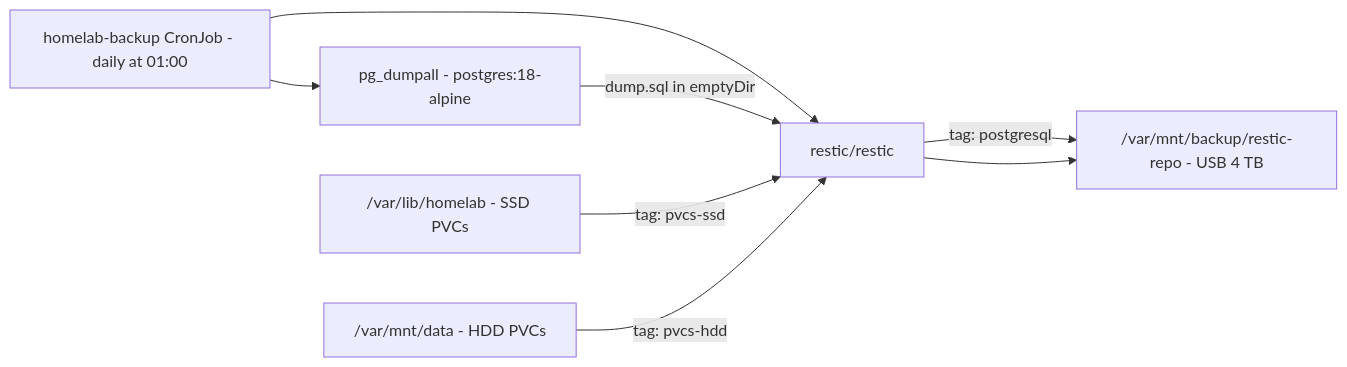
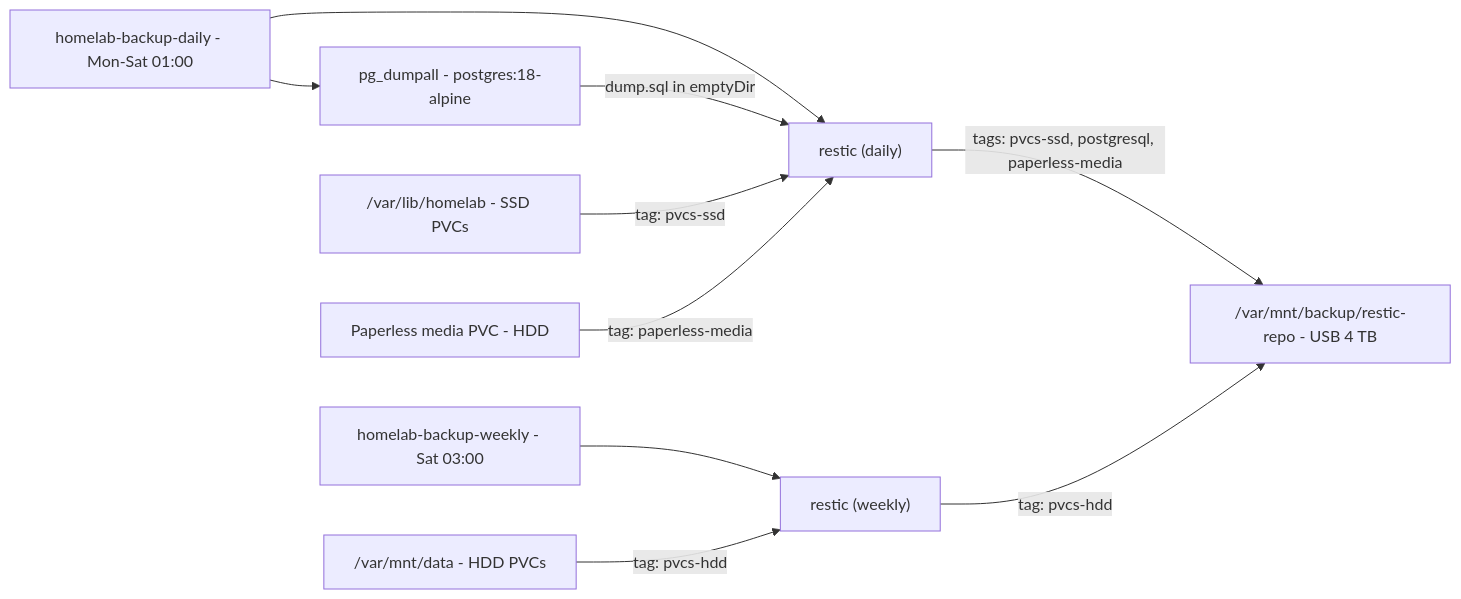
Before and after one commit to Mahagon/homelab: the diagram in docs/diagrams/backup.mmd, drawn with Mermaid. The commit also changed 14 other files, not shown here.

First line of the commit message:
fix(backup): guard against an unmounted backup drive and back up Paperless media daily

```diff
--- a/docs/diagrams/backup.mmd
+++ b/docs/diagrams/backup.mmd
@@ -1,11 +1,13 @@
 flowchart LR
-    Cron["homelab-backup CronJob - daily at 01:00"] --> PG["pg_dumpall - postgres:18-alpine"]
-    Cron --> R["restic/restic"]
-    PG -->|dump.sql in emptyDir| R
+    Daily["homelab-backup-daily - Mon-Sat 01:00"] --> PG["pg_dumpall - postgres:18-alpine"]
+    Daily --> RD["restic (daily)"]
+    PG -->|dump.sql in emptyDir| RD
+    SSD["/var/lib/homelab - SSD PVCs"] -->|tag: pvcs-ssd| RD
+    PM["Paperless media PVC - HDD"] -->|tag: paperless-media| RD
 
-    SSD["/var/lib/homelab - SSD PVCs"] -->|tag: pvcs-ssd| R
-    HDD["/var/mnt/data - HDD PVCs"] -->|tag: pvcs-hdd| R
+    Weekly["homelab-backup-weekly - Sat 03:00"] --> RW["restic (weekly)"]
+    HDD["/var/mnt/data - HDD PVCs"] -->|tag: pvcs-hdd| RW
+
     USB["/var/mnt/backup/restic-repo - USB 4 TB"]
-
-    R -->|tag: postgresql| USB
-    R --> USB
+    RD -->|tags: pvcs-ssd, postgresql, paperless-media| USB
+    RW -->|tag: pvcs-hdd| USB
```
